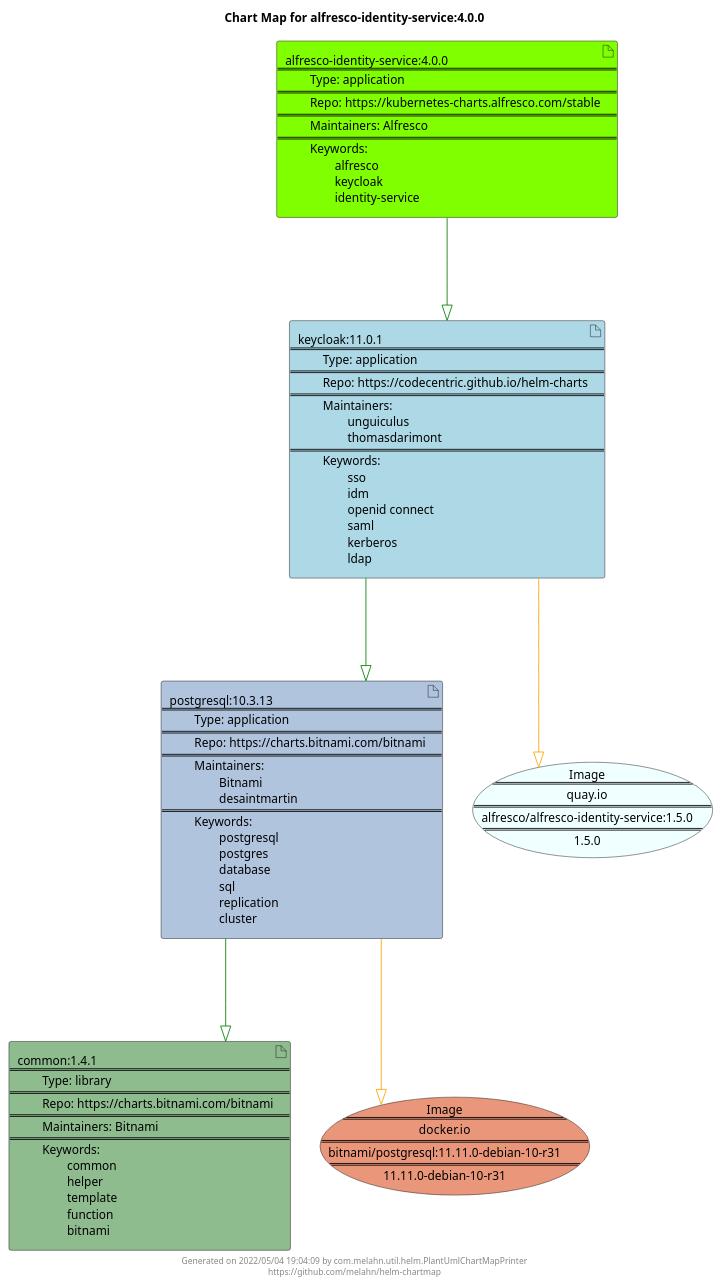
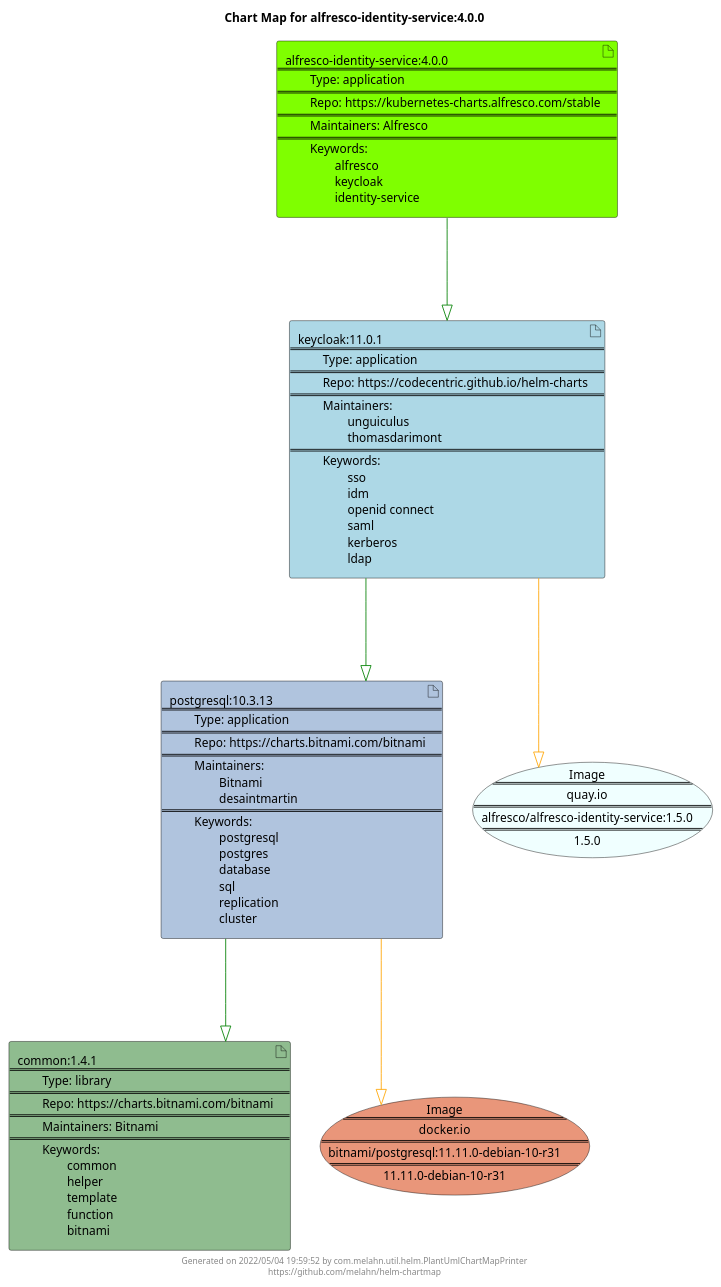
One commit to melahn/helm-chartmap changed the diagram in docs/alfresco-identity-service/alfresco-identity-service-4.0.0.puml. Above: the diagram before and after it, drawn with PlantUML. The commit also changed 56 other files, not shown here.

Commit message:
Update Example Chart Maps as part of GitHub build

```diff
--- a/docs/alfresco-identity-service/alfresco-identity-service-4.0.0.puml
+++ b/docs/alfresco-identity-service/alfresco-identity-service-4.0.0.puml
@@ -1,29 +1,29 @@
 @startuml
 skinparam linetype ortho
 skinparam backgroundColor white
 skinparam usecaseBorderColor black
 skinparam usecaseArrowColor LightSlateGray
 skinparam artifactBorderColor black
 skinparam artifactArrowColor LightSlateGray
 
 title Chart Map for alfresco-identity-service:4.0.0
 
 'There are 4 referenced Helm Charts
 artifact "common:1.4.1\n====\n\tType: library\n====\n\tRepo: https://charts.bitnami.com/bitnami\n====\n\tMaintainers: Bitnami\n====\n\tKeywords: \n\t\tcommon\n\t\thelper\n\t\ttemplate\n\t\tfunction\n\t\tbitnami" as common_1_4_1 #DarkSeaGreen
 artifact "alfresco-identity-service:4.0.0\n====\n\tType: application\n====\n\tRepo: https://kubernetes-charts.alfresco.com/stable\n====\n\tMaintainers: Alfresco\n====\n\tKeywords: \n\t\talfresco\n\t\tkeycloak\n\t\tidentity-service" as alfresco_identity_service_4_0_0 #Chartreuse
 artifact "postgresql:10.3.13\n====\n\tType: application\n====\n\tRepo: https://charts.bitnami.com/bitnami\n====\n\tMaintainers: \n\t\tBitnami\n\t\tdesaintmartin\n====\n\tKeywords: \n\t\tpostgresql\n\t\tpostgres\n\t\tdatabase\n\t\tsql\n\t\treplication\n\t\tcluster" as postgresql_10_3_13 #LightSteelBlue
 artifact "keycloak:11.0.1\n====\n\tType: application\n====\n\tRepo: https://codecentric.github.io/helm-charts\n====\n\tMaintainers: \n\t\tunguiculus\n\t\tthomasdarimont\n====\n\tKeywords: \n\t\tsso\n\t\tidm\n\t\topenid connect\n\t\tsaml\n\t\tkerberos\n\t\tldap" as keycloak_11_0_1 #LightBlue
 
 'There are 2 referenced Docker Images
 usecase "Image\n====\nquay.io\n====\nalfresco/alfresco-identity-service:1.5.0\n====\n1.5.0" as quay_io_alfresco_alfresco_identity_service_1_5_0 #Azure
 usecase "Image\n====\ndocker.io\n====\nbitnami/postgresql:11.11.0-debian-10-r31\n====\n11.11.0-debian-10-r31" as docker_io_bitnami_postgresql_11_11_0_debian_10_r31 #DarkSalmon
 
 'Chart Dependencies
 alfresco_identity_service_4_0_0--[#green]-|>keycloak_11_0_1
 keycloak_11_0_1--[#green]-|>postgresql_10_3_13
 postgresql_10_3_13--[#green]-|>common_1_4_1
 postgresql_10_3_13--[#orange]-|>docker_io_bitnami_postgresql_11_11_0_debian_10_r31
 keycloak_11_0_1--[#orange]-|>quay_io_alfresco_alfresco_identity_service_1_5_0
 
-center footer Generated on 2022/05/04 19:04:09 by com.melahn.util.helm.PlantUmlChartMapPrinter\nhttps://github.com/melahn/helm-chartmap
+center footer Generated on 2022/05/04 19:59:52 by com.melahn.util.helm.PlantUmlChartMapPrinter\nhttps://github.com/melahn/helm-chartmap
 @enduml
```
